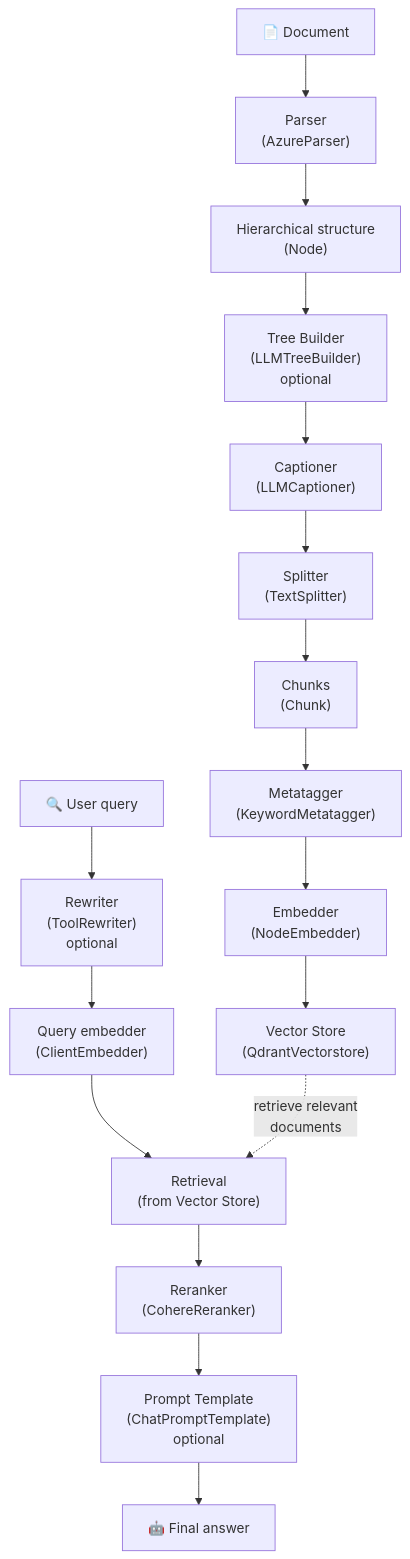
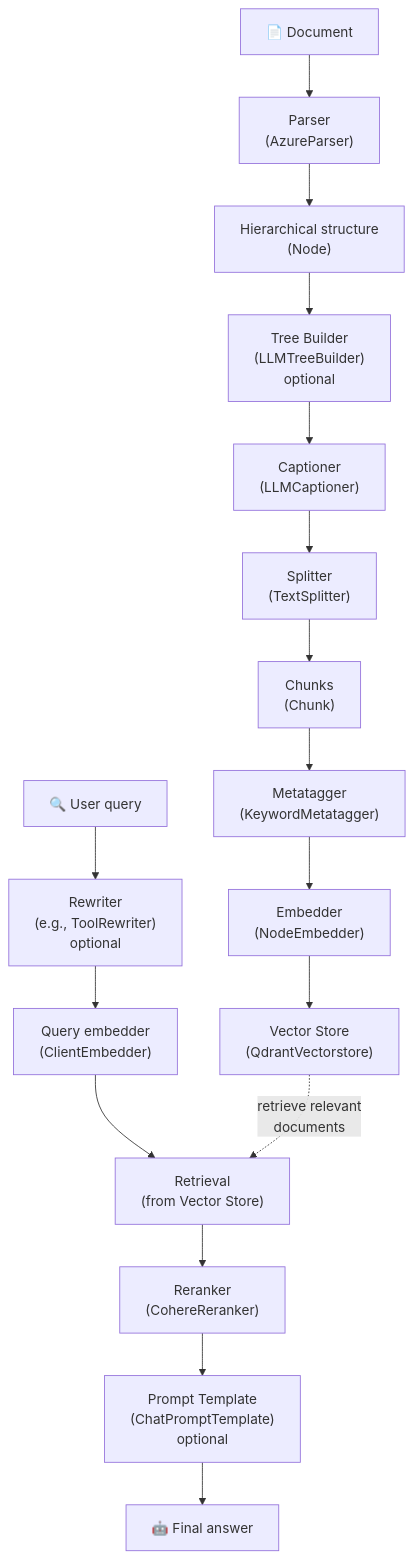
The diagram in DatapizzAI/PizzAI/RAG/README_RAG_COMPLETE_GUIDE_EV.md (Rkomi98/Datapizza), drawn with Mermaid before and after one commit. The commit also changed other lines of this file and 1 other file, not shown here.

````diff
--- a/DatapizzAI/PizzAI/RAG/README_RAG_COMPLETE_GUIDE_EV.md
+++ b/DatapizzAI/PizzAI/RAG/README_RAG_COMPLETE_GUIDE_EV.md
@@ -29,21 +29,21 @@
 ```mermaid
 graph TD
     A["📄 Document"] --> B["Parser<br/>(AzureParser)"]
     B --> C["Hierarchical structure<br/>(Node)"]
     C --> D["Tree Builder<br/>(LLMTreeBuilder)<br/>optional"]
     D --> E["Captioner<br/>(LLMCaptioner)"]
     E --> F["Splitter<br/>(TextSplitter)"]
     F --> G["Chunks<br/>(Chunk)"]
     G --> H["Metatagger<br/>(KeywordMetatagger)"]
     H --> I["Embedder<br/>(NodeEmbedder)"]
     I --> J["Vector Store<br/>(QdrantVectorstore)"]
     
-    K["🔍 User query"] --> L["Rewriter<br/>(ToolRewriter)<br/>optional"]
+    K["🔍 User query"] --> L["Rewriter<br/>(e.g., ToolRewriter)<br/>optional"]
     L --> M["Query embedder<br/>(ClientEmbedder)"]
     M --> N["Retrieval<br/>(from Vector Store)"]
     N --> O["Reranker<br/>(CohereReranker)"]
     O --> P["Prompt Template<br/>(ChatPromptTemplate)<br/>optional"]
     P --> Q["🤖 Final answer"]
     
     J -.->|"retrieve relevant<br/>documents"| N
 ```
````
